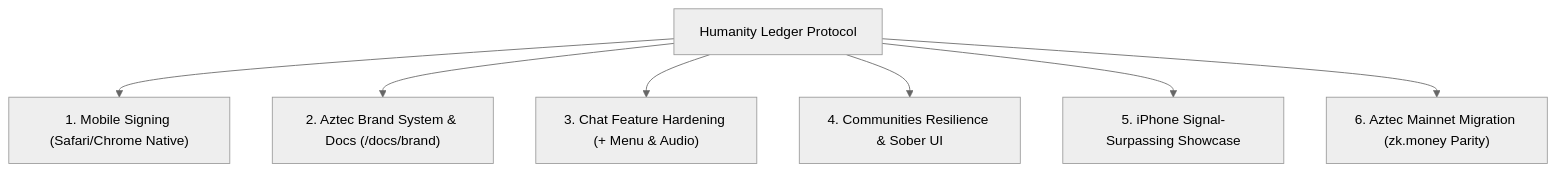
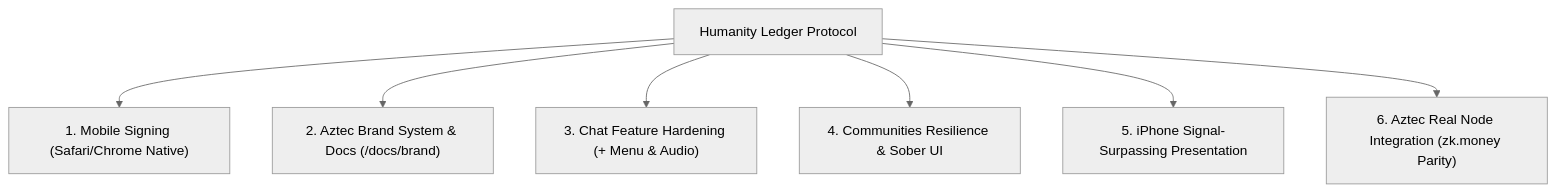
One commit to humanityledger/Humanity-Ledger changed the first of 2 diagrams in docs/CLAUDE_OPUS_MASTER_PROMPT.md. Above: the diagram before and after it, drawn with Mermaid (neutral theme). The commit also changed other lines of this file, not shown here.

Commit message:
docs: enrich Claude Opus master prompt with candid Aztec PXE audit and mainnet roadmap

````diff
--- a/docs/CLAUDE_OPUS_MASTER_PROMPT.md
+++ b/docs/CLAUDE_OPUS_MASTER_PROMPT.md
@@ -24,9 +34,9 @@
 ```mermaid
 flowchart TD
     A["Humanity Ledger Protocol"] --> B["1. Mobile Signing (Safari/Chrome Native)"]
     A --> C["2. Aztec Brand System & Docs (/docs/brand)"]
     A --> D["3. Chat Feature Hardening (+ Menu & Audio)"]
     A --> E["4. Communities Resilience & Sober UI"]
-    A --> F["5. iPhone Signal-Surpassing Showcase"]
-    A --> G["6. Aztec Mainnet Migration (zk.money Parity)"]
+    A --> F["5. iPhone Signal-Surpassing Presentation"]
+    A --> G["6. Aztec Real Node Integration (zk.money Parity)"]
 ```
````
